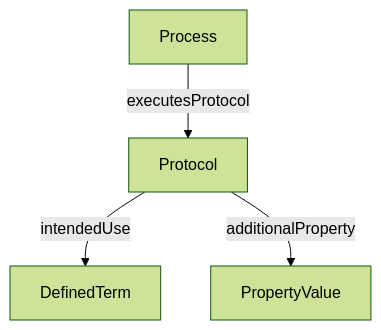
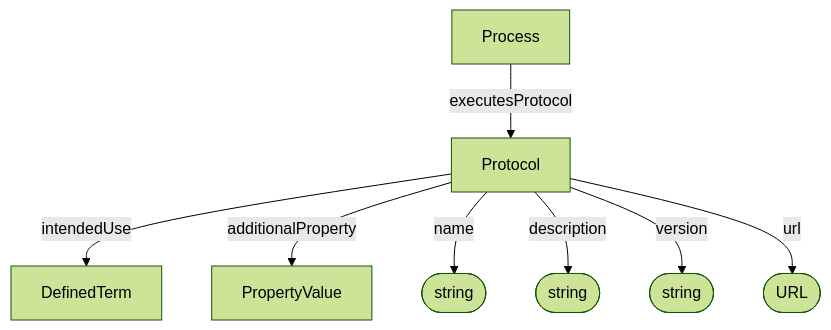
The diagram in spec/core/Protocol.md (HLWeil/ProcessCore), drawn with Mermaid (forest theme) before and after one commit. The commit also changed 8 other files, not shown here.

````diff
--- a/spec/core/Protocol.md
+++ b/spec/core/Protocol.md
@@ -27,6 +27,17 @@
 ```mermaid
 flowchart TD
+
+    na@{ shape: stadium, label: "string" }
+    de@{ shape: stadium, label: "string" }
+    ve@{ shape: stadium, label: "string" }
+    ur@{ shape: stadium, label: "URL" }
+
     Process --executesProtocol--> Protocol
     Protocol --intendedUse--> DefinedTerm
     Protocol --additionalProperty--> PropertyValue
+    Protocol --name--> na
+    Protocol --description--> de
+    Protocol --version--> ve
+    Protocol --url--> ur
+
 ```
````
